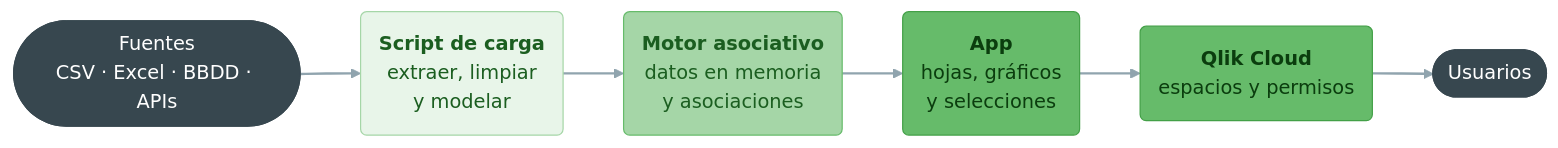
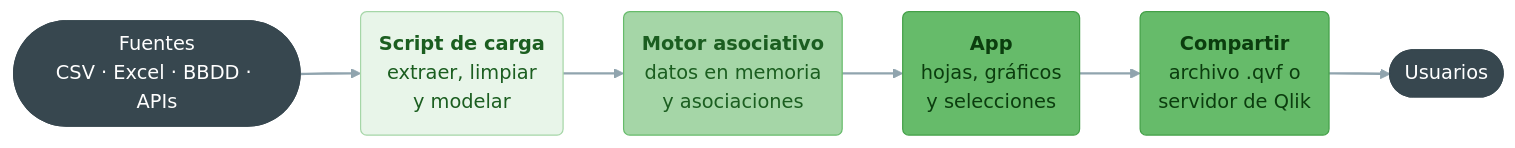
Before and after one commit to JavierFdC/DataAnalytics---Sep25: the first of 3 diagrams in 9. Qlik/9.1 - Fundamentos/9.1.1 - Instalación y entorno de trabajo.md, drawn with Mermaid (base theme). The commit also changed other lines of this file and 10 other files, not shown here.

````diff
--- a/9. Qlik/9.1 - Fundamentos/9.1.1 - Instalación y entorno de trabajo.md
+++ b/9. Qlik/9.1 - Fundamentos/9.1.1 - Instalación y entorno de trabajo.md
@@ -112,18 +114,18 @@
 ```mermaid
 flowchart LR
     S(["Fuentes<br/>CSV · Excel · BBDD · APIs"]) --> L("<b>Script de carga</b><br/>extraer, limpiar<br/>y modelar")
     L --> M("<b>Motor asociativo</b><br/>datos en memoria<br/>y asociaciones")
     M --> A("<b>App</b><br/>hojas, gráficos<br/>y selecciones")
-    A --> C("<b>Qlik Cloud</b><br/>espacios y permisos")
+    A --> C("<b>Compartir</b><br/>archivo .qvf o<br/>servidor de Qlik")
     C --> U(["Usuarios"])
 
     classDef extremo fill:#37474f,stroke:#37474f,color:#ffffff
     classDef f1 fill:#e8f5e9,stroke:#a5d6a7,color:#1b5e20
     classDef f3 fill:#a5d6a7,stroke:#66bb6a,color:#1b5e20
     classDef f4 fill:#66bb6a,stroke:#43a047,color:#0b3d0e
     class S,U extremo
     class L f1
     class M f3
     class A,C f4
     linkStyle default stroke:#90a4ae,stroke-width:2px
 ```
````
